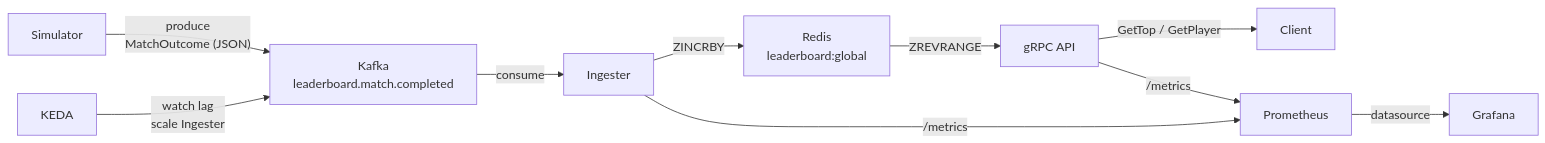
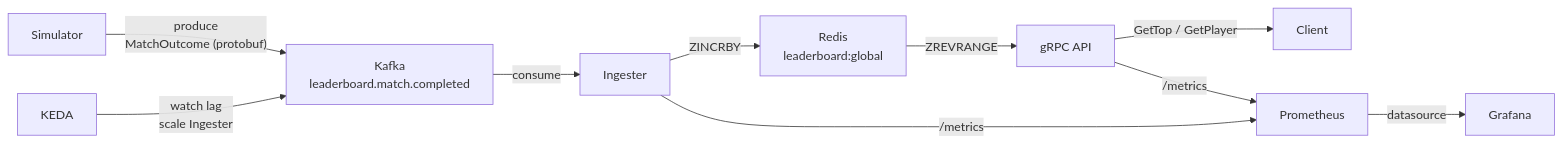
The diagram in README.md (reach-will/realtime-leaderboard), drawn with Mermaid before and after one commit. The commit also changed other lines of this file, not shown here.

Commit message:
docs: update README for protobuf Kafka encoding

````diff
--- a/README.md
+++ b/README.md
@@ -11,24 +11,24 @@
 ```mermaid
 flowchart LR
     SIM["Simulator"]
     KAFKA["Kafka\nleaderboard.match.completed"]
     ING["Ingester"]
     REDIS["Redis\nleaderboard:global"]
     API["gRPC API"]
     CLIENT["Client"]
     PROM["Prometheus"]
     GRAF["Grafana"]
     KEDA["KEDA"]
 
-    SIM -->|"produce\nMatchOutcome (JSON)"| KAFKA
+    SIM -->|"produce\nMatchOutcome (protobuf)"| KAFKA
     KAFKA -->|consume| ING
     ING -->|ZINCRBY| REDIS
     REDIS -->|ZREVRANGE| API
     API -->|GetTop / GetPlayer| CLIENT
 
     ING -->|"/metrics"| PROM
     API -->|"/metrics"| PROM
     PROM -->|datasource| GRAF
 
     KEDA -->|"watch lag\nscale Ingester"| KAFKA
 ```
````
